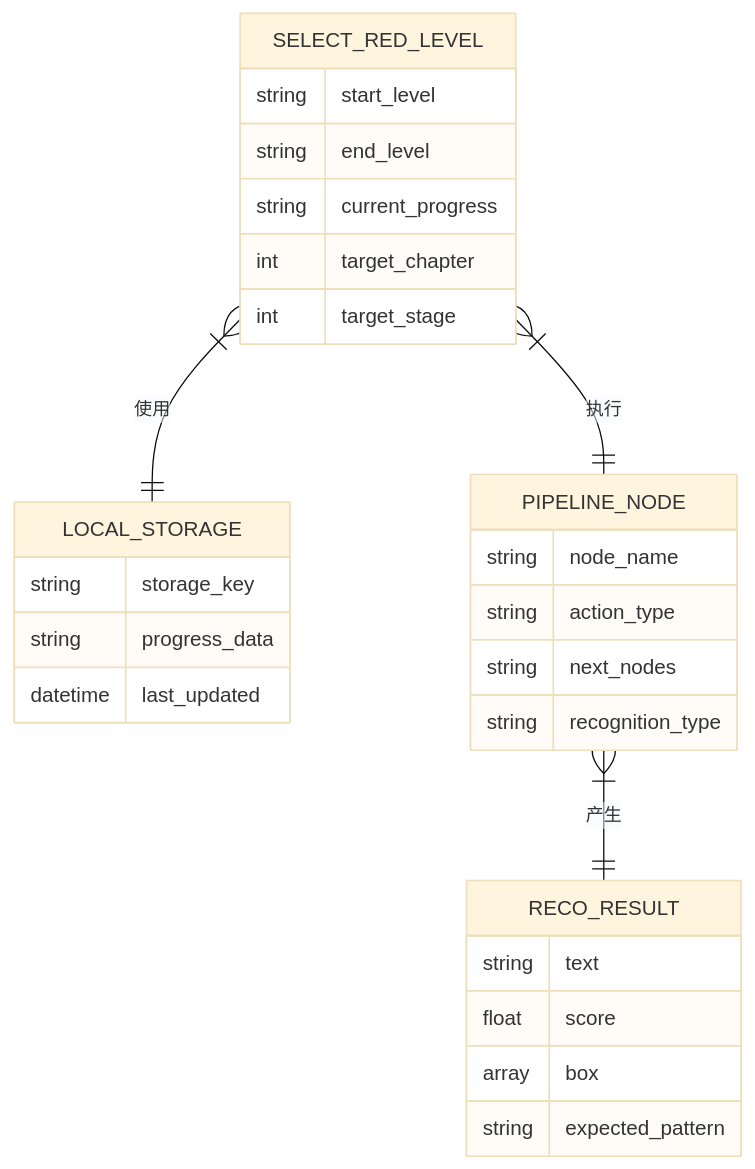
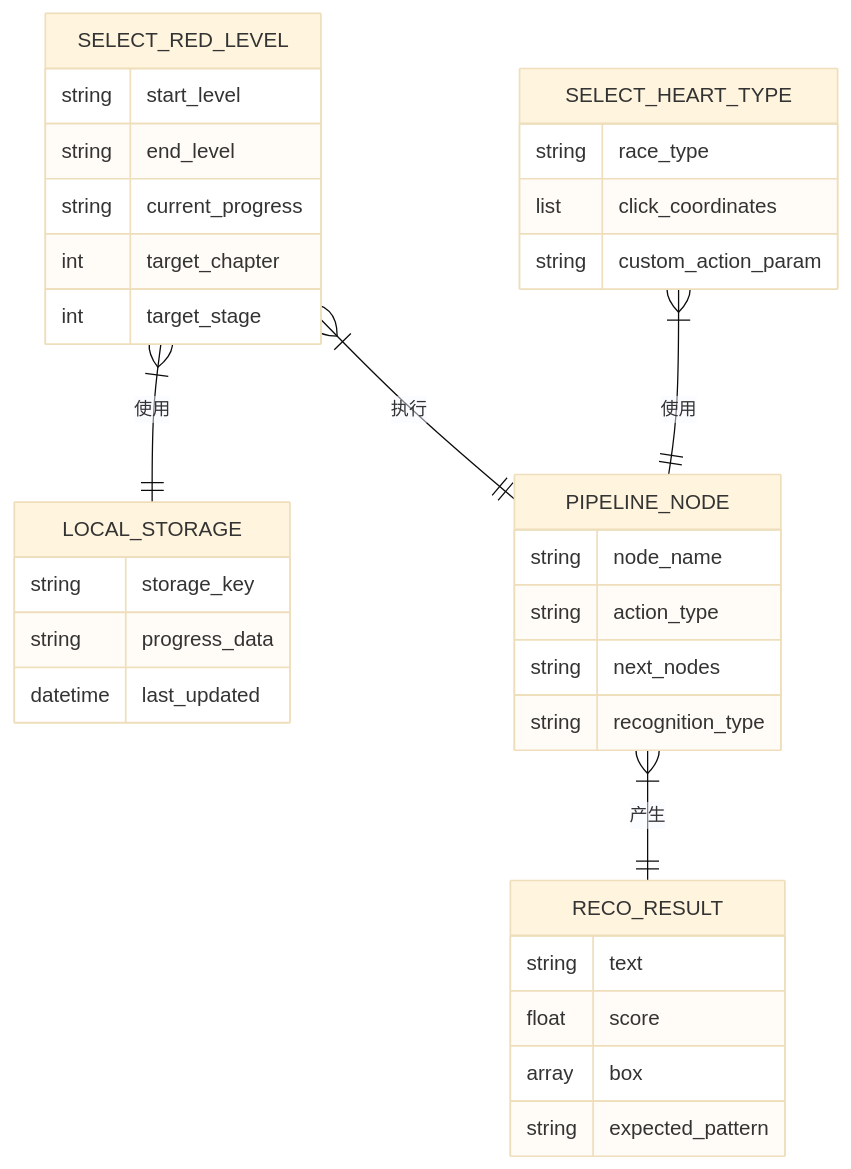
The eighth of 8 diagrams in .qoder/repowiki/zh/content/核心功能详解/日常任务功能/每日清红糖功能.md (kqcoxn/MaaDuDuL), drawn with Mermaid (base theme) before and after one commit. The commit also changed other lines of this file and 12 other files, not shown here.

````diff
--- a/.qoder/repowiki/zh/content/核心功能详解/日常任务功能/每日清红糖功能.md
+++ b/.qoder/repowiki/zh/content/核心功能详解/日常任务功能/每日清红糖功能.md
@@ -364,30 +428,36 @@
 ```mermaid
 erDiagram
+SELECT_HEART_TYPE {
+string race_type
+list click_coordinates
+string custom_action_param
+}
 SELECT_RED_LEVEL {
 string start_level
 string end_level
 string current_progress
 int target_chapter
 int target_stage
 }
 LOCAL_STORAGE {
 string storage_key
 string progress_data
 datetime last_updated
 }
 PIPELINE_NODE {
 string node_name
 string action_type
 string next_nodes
 string recognition_type
 }
 RECO_RESULT {
 string text
 float score
 array box
 string expected_pattern
 }
+SELECT_HEART_TYPE }|--|| PIPELINE_NODE : "使用"
 SELECT_RED_LEVEL }|--|| LOCAL_STORAGE : "使用"
 SELECT_RED_LEVEL }|--|| PIPELINE_NODE : "执行"
 PIPELINE_NODE }|--|| RECO_RESULT : "产生"
 ```
````
